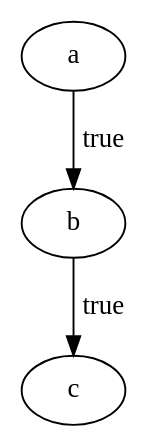
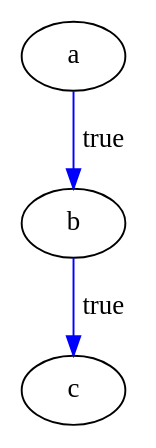
The diagram in rust/graphs/mpsc_graph.dot (BewusstseinLabs/graphs), drawn with Graphviz before and after one commit. The commit also changed 5 other files, not shown here.

Commit message:
implemented async function graph (AsyncFnGraph).

```diff
--- a/rust/graphs/mpsc_graph.dot
+++ b/rust/graphs/mpsc_graph.dot
@@ -1,10 +1,10 @@
 digraph G {
  a [label="a"];
  a [label="a"];
- a -> b [label="true"];
+ a -> b [label="true" color="blue"];
  b [label="b"];
  b [label="b"];
- b -> c [label="true"];
+ b -> c [label="true" color="blue"];
  c [label="c"];
  c [label="c"];
 }
```
